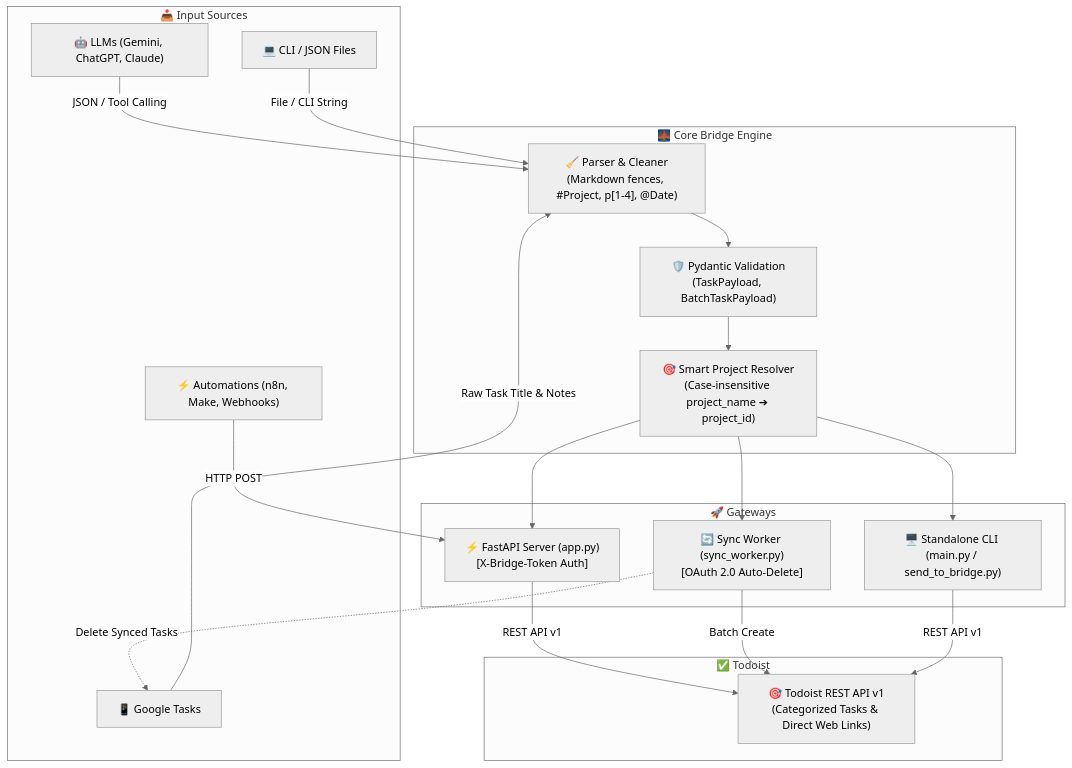
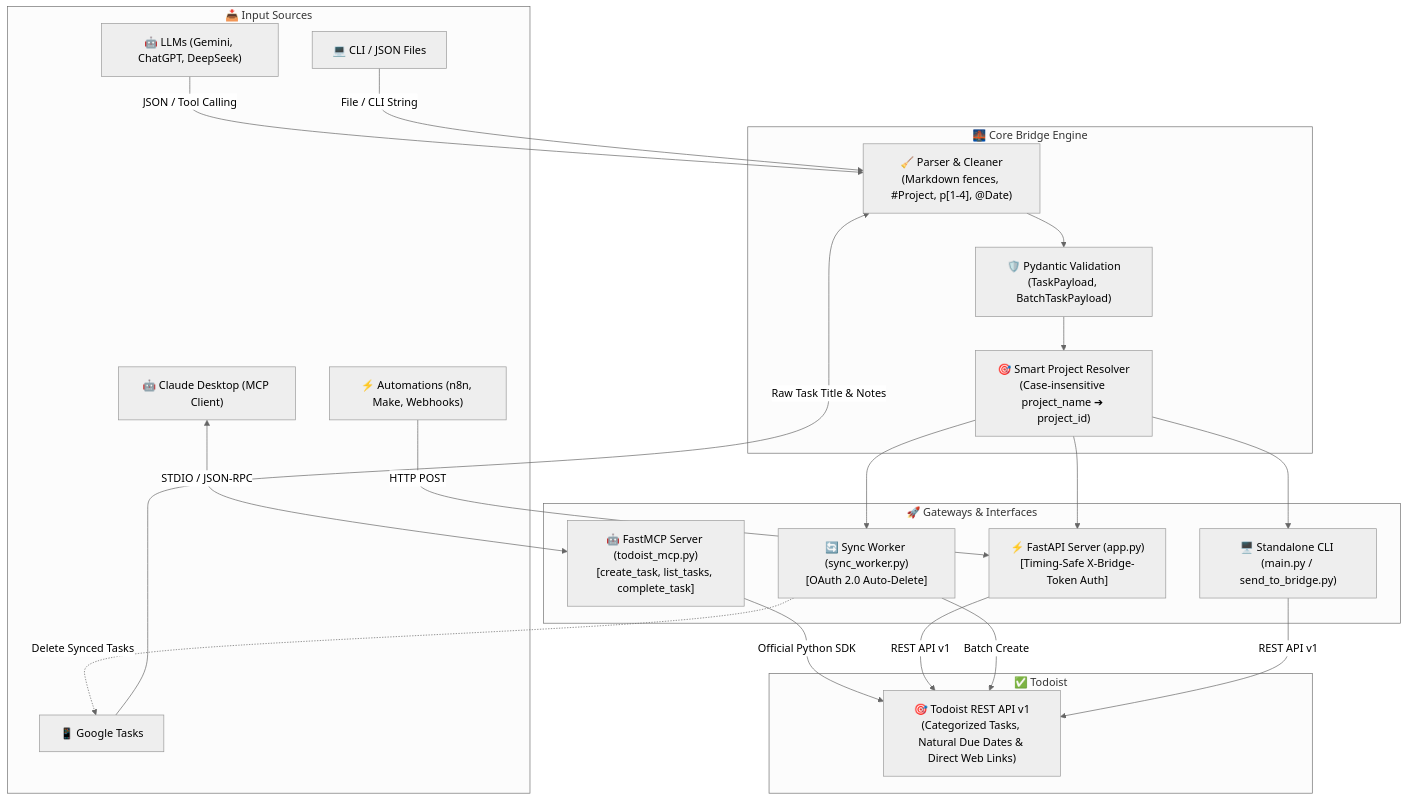
The diagram in README.md (kagankurubas/Todoist-Gemini-Bridge), drawn with Mermaid (neutral theme) before and after one commit. The commit also changed other lines of this file and 5 other files, not shown here.

Commit message:
feat: add FastMCP Todoist server, strengthen security, and update full documentation

````diff
--- a/README.md
+++ b/README.md
@@ -29,41 +30,45 @@
 ```mermaid
 flowchart TD
     subgraph Sources["📥 Input Sources"]
-        A1["🤖 LLMs (Gemini, ChatGPT, Claude)"]
-        A2["📱 Google Tasks"]
-        A3["⚡ Automations (n8n, Make, Webhooks)"]
-        A4["💻 CLI / JSON Files"]
+        A1["🤖 Claude Desktop (MCP Client)"]
+        A2["🤖 LLMs (Gemini, ChatGPT, DeepSeek)"]
+        A3["📱 Google Tasks"]
+        A4["⚡ Automations (n8n, Make, Webhooks)"]
+        A5["💻 CLI / JSON Files"]
     end
 
     subgraph CoreBridge["🌉 Core Bridge Engine"]
         B1["🧹 Parser & Cleaner\n(Markdown fences, #Project, p[1-4], @Date)"]
         B2["🛡️ Pydantic Validation\n(TaskPayload, BatchTaskPayload)"]
         B3["🎯 Smart Project Resolver\n(Case-insensitive project_name ➔ project_id)"]
     end
 
-    subgraph Gateways["🚀 Gateways"]
-        C1["⚡ FastAPI Server (app.py)\n[X-Bridge-Token Auth]"]
-        C2["🔄 Sync Worker (sync_worker.py)\n[OAuth 2.0 Auto-Delete]"]
-        C3["🖥️ Standalone CLI (main.py / send_to_bridge.py)"]
+    subgraph Gateways["🚀 Gateways & Interfaces"]
+        C1["🤖 FastMCP Server (todoist_mcp.py)\n[create_task, list_tasks, complete_task]"]
+        C2["⚡ FastAPI Server (app.py)\n[Timing-Safe X-Bridge-Token Auth]"]
+        C3["🔄 Sync Worker (sync_worker.py)\n[OAuth 2.0 Auto-Delete]"]
+        C4["🖥️ Standalone CLI (main.py / send_to_bridge.py)"]
     end
 
     subgraph Todoist["✅ Todoist"]
-        D["🎯 Todoist REST API v1\n(Categorized Tasks & Direct Web Links)"]
+        D["🎯 Todoist REST API v1\n(Categorized Tasks, Natural Due Dates & Direct Web Links)"]
     end
 
-    A1 -->|JSON / Tool Calling| B1
-    A2 -->|Raw Task Title & Notes| B1
-    A3 -->|HTTP POST| C1
-    A4 -->|File / CLI String| B1
+    A1 <-->|STDIO / JSON-RPC| C1
+    A2 -->|JSON / Tool Calling| B1
+    A3 -->|Raw Task Title & Notes| B1
+    A4 -->|HTTP POST| C2
+    A5 -->|File / CLI String| B1
 
     B1 --> B2
     B2 --> B3
-    B3 --> C1
     B3 --> C2
     B3 --> C3
+    B3 --> C4
 
-    C1 -->|REST API v1| D
-    C2 -->|Batch Create| D
-    C2 -.->|Delete Synced Tasks| A2
-    C3 -->|REST API v1| D
+    C1 -->|Official Python SDK| D
+    C2 -->|REST API v1| D
+    C3 -->|Batch Create| D
+    C3 -.->|Delete Synced Tasks| A3
+    C4 -->|REST API v1| D
 ```
````
